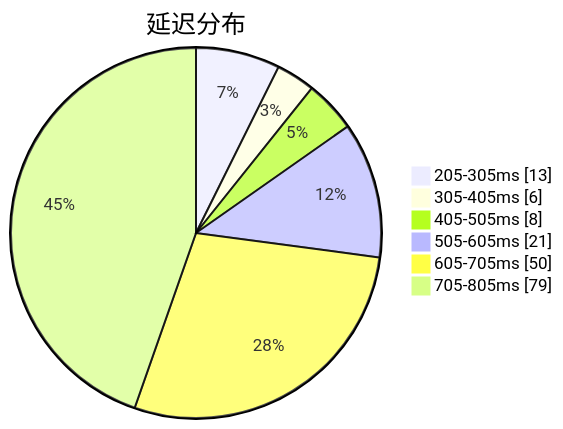
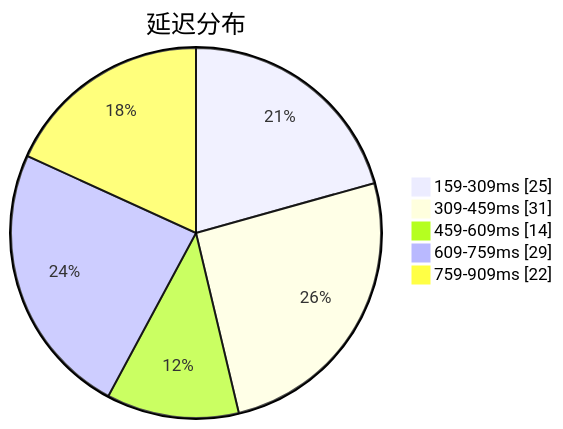
One commit to qjlxg/airport changed the first of 3 diagrams in subs/statistics/tested_within.md. Above: the diagram before and after it, drawn with Mermaid. The commit also changed other lines of this file and 2 other files, not shown here.

````diff
--- a/subs/statistics/tested_within.md
+++ b/subs/statistics/tested_within.md
@@ -2,10 +2,9 @@
 ```mermaid
 pie showData
 title 延迟分布
-"205-305ms" : 13
-"305-405ms" : 6
-"405-505ms" : 8
-"505-605ms" : 21
-"605-705ms" : 50
-"705-805ms" : 79
+"159-309ms" : 25
+"309-459ms" : 31
+"459-609ms" : 14
+"609-759ms" : 29
+"759-909ms" : 22
 ```
````
